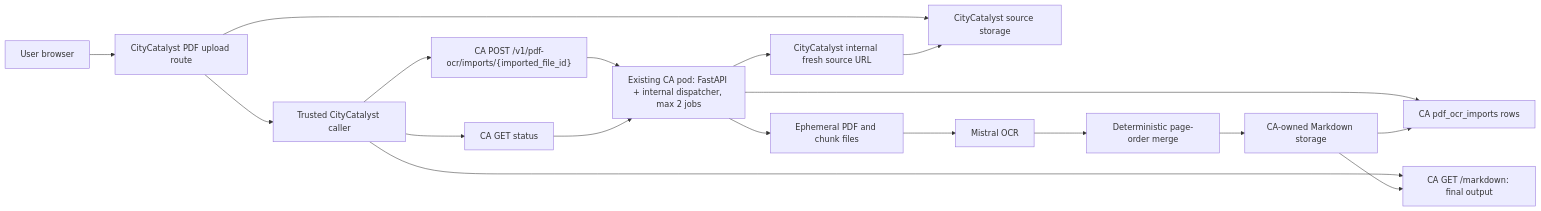
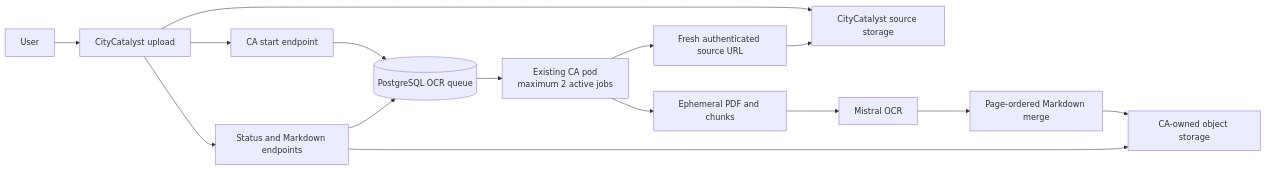
The diagram in climate-advisor/docs/pdf-ocr-markdown-architecture.md (Open-Earth-Foundation/CityCatalyst), drawn with Mermaid before and after one commit. The commit also changed other lines of this file, not shown here.

Commit message:
Shorten PDF OCR architecture plan

````diff
--- a/climate-advisor/docs/pdf-ocr-markdown-architecture.md
+++ b/climate-advisor/docs/pdf-ocr-markdown-architecture.md
@@ -102,20 +51,17 @@
 ```mermaid
 flowchart LR
-    U["User browser"] --> CCUpload["CityCatalyst PDF upload route"]
-    CCUpload --> CCStore["CityCatalyst source storage"]
-    CCUpload --> Caller["Trusted CityCatalyst caller"]
-    Caller --> CAStart["CA POST /v1/pdf-ocr/imports/{imported_file_id}"]
-    CAStart --> CAApp["Existing CA pod: FastAPI + internal dispatcher, max 2 jobs"]
-    CAApp --> OCRRow["CA pdf_ocr_imports rows"]
-    CAApp --> CCSource["CityCatalyst internal fresh source URL"]
-    CCSource --> CCStore
-    CAApp --> Temp["Ephemeral PDF and chunk files"]
+    User["User"] --> CC["CityCatalyst upload"]
+    CC --> Source["CityCatalyst source storage"]
+    CC --> Start["CA start endpoint"]
+    Start --> Queue[("PostgreSQL OCR queue")]
+    Queue --> Worker["Existing CA pod\nmaximum 2 active jobs"]
+    Worker --> SourceURL["Fresh authenticated source URL"]
+    SourceURL --> Source
+    Worker --> Temp["Ephemeral PDF and chunks"]
     Temp --> Mistral["Mistral OCR"]
-    Mistral --> Merge["Deterministic page-order merge"]
-    Merge --> CAStore["CA-owned Markdown storage"]
-    CAStore --> OCRRow
-    Caller --> CAStatus["CA GET status"]
-    CAStatus --> CAApp
-    Caller --> CADownload["CA GET /markdown: final output"]
-    CAStore --> CADownload
+    Mistral --> Merge["Page-ordered Markdown merge"]
+    Merge --> Results["CA-owned object storage"]
+    CC --> Status["Status and Markdown endpoints"]
+    Status --> Queue
+    Status --> Results
 ```
````
